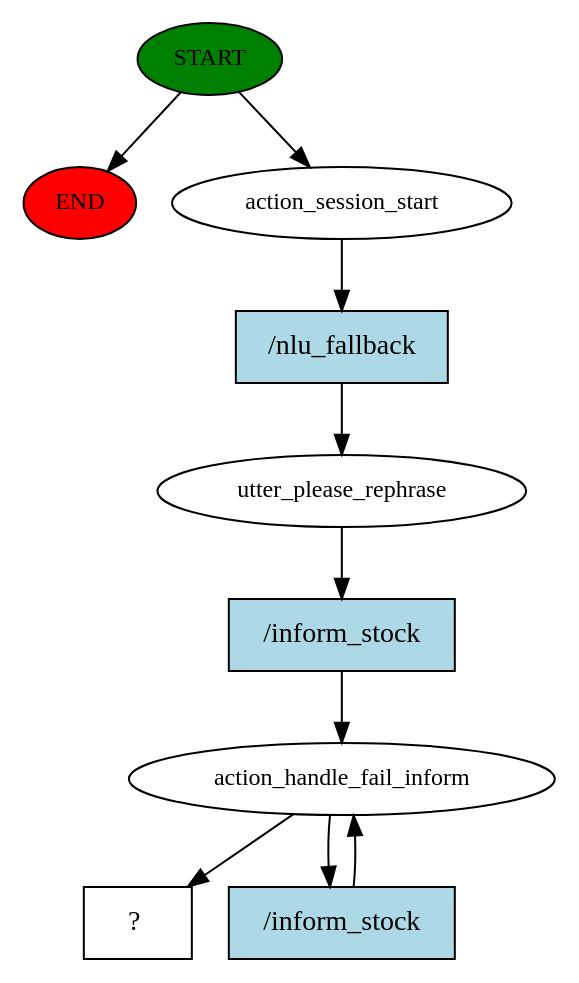
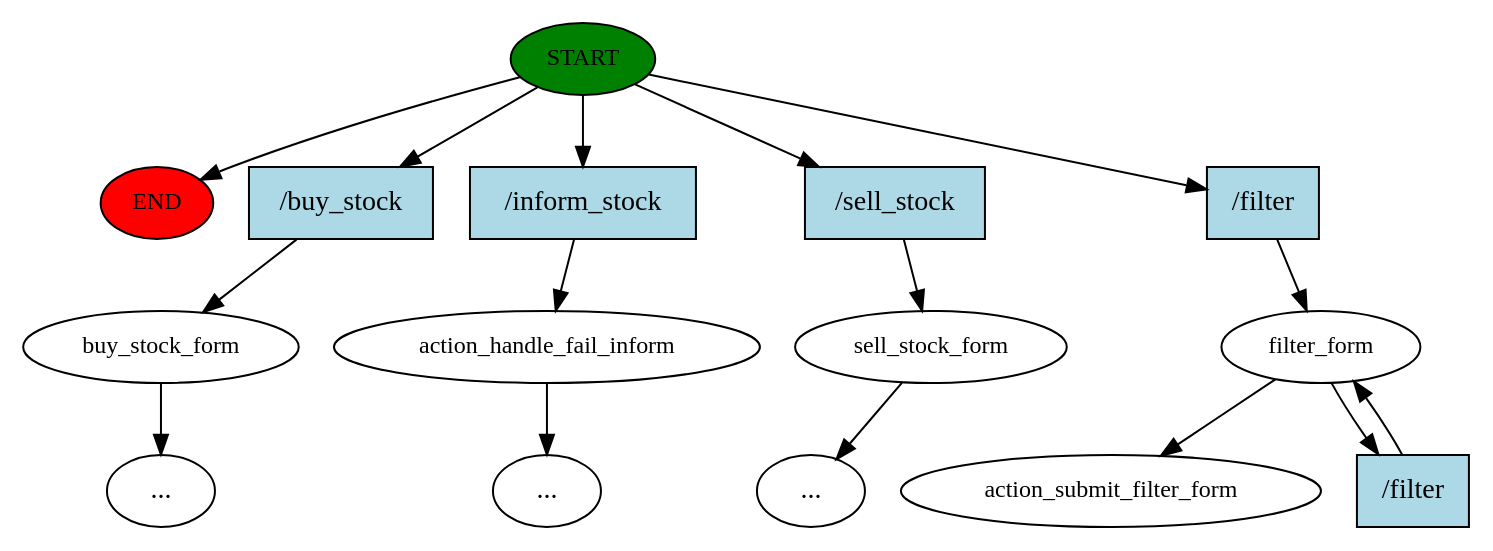
The diagram in story_graph.dot (medAzizBennour/rasa_borhen), drawn with Graphviz before and after one commit. The commit also changed 22 other files, not shown here.

```diff
--- a/story_graph.dot
+++ b/story_graph.dot
@@ -1,20 +1,32 @@
 digraph  {
 0 [class="start active", fillcolor=green, fontsize=12, label=START, style=filled];
 "-1" [class=end, fillcolor=red, fontsize=12, label=END, style=filled];
-1 [class=active, fontsize=12, label=action_session_start];
-2 [class=active, fontsize=12, label=utter_please_rephrase];
-3 [class=active, fontsize=12, label=action_handle_fail_inform];
-5 [class="intent dashed active", label="  ?  ", shape=rect];
-6 [class="intent active", fillcolor=lightblue, label="/nlu_fallback", shape=rect, style=filled];
-7 [class="intent active", fillcolor=lightblue, label="/inform_stock", shape=rect, style=filled];
-8 [class="intent active", fillcolor=lightblue, label="/inform_stock", shape=rect, style=filled];
+1 [class="", fontsize=12, label=buy_stock_form];
+"-4" [class=ellipsis, label="..."];
+3 [class="", fontsize=12, label=action_handle_fail_inform];
+"-6" [class=ellipsis, label="..."];
+5 [class="", fontsize=12, label=sell_stock_form];
+"-7" [class=ellipsis, label="..."];
+6 [class=active, fontsize=12, label=filter_form];
+8 [class="dashed active", fontsize=12, label=action_submit_filter_form];
+9 [class=intent, fillcolor=lightblue, label="/buy_stock", shape=rect, style=filled];
+10 [class=intent, fillcolor=lightblue, label="/inform_stock", shape=rect, style=filled];
+11 [class=intent, fillcolor=lightblue, label="/sell_stock", shape=rect, style=filled];
+12 [class="intent active", fillcolor=lightblue, label="/filter", shape=rect, style=filled];
+13 [class="intent active", fillcolor=lightblue, label="/filter", shape=rect, style=filled];
 0 -> "-1"  [class="", key=NONE, label=""];
-0 -> 1  [class=active, key=NONE, label=""];
-1 -> 6  [class=active, key=0];
-2 -> 7  [class=active, key=0];
-3 -> 5  [class=active, key=NONE, label=""];
-3 -> 8  [class=active, key=0];
-6 -> 2  [class=active, key=0];
-7 -> 3  [class=active, key=0];
-8 -> 3  [class=active, key=0];
+0 -> 9  [class="", key=0];
+0 -> 10  [class="", key=0];
+0 -> 11  [class="", key=0];
+0 -> 12  [class=active, key=0];
+1 -> "-4"  [class="", key=NONE, label=""];
+3 -> "-6"  [class="", key=NONE, label=""];
+5 -> "-7"  [class="", key=NONE, label=""];
+6 -> 8  [class=active, key=NONE, label=""];
+6 -> 13  [class=active, key=0];
+9 -> 1  [class="", key=0];
+10 -> 3  [class="", key=0];
+11 -> 5  [class="", key=0];
+12 -> 6  [class=active, key=0];
+13 -> 6  [class=active, key=0];
 }
```
